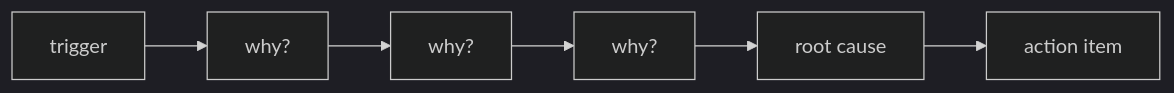
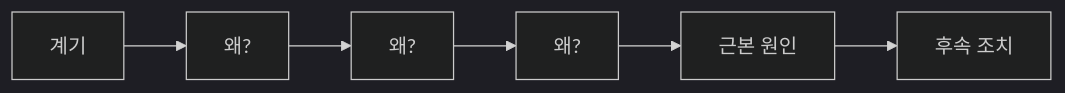
The diagram in content/incident-response-101/ko/06-root-cause-analysis.md (yeongseon-books/book-content), drawn with Mermaid (dark theme) before and after one commit. The commit also changed other lines of this file and 9 other files, not shown here.

````diff
--- a/content/incident-response-101/ko/06-root-cause-analysis.md
+++ b/content/incident-response-101/ko/06-root-cause-analysis.md
@@ -33,8 +49,8 @@
 ```mermaid
 flowchart LR
-    Trigger["trigger"] --> Why1["why?"]
-    Why1 --> Why2["why?"]
-    Why2 --> Why3["why?"]
-    Why3 --> Root["root cause"]
-    Root --> Action["action item"]
+    Trigger["계기"] --> Why1["왜?"]
+    Why1 --> Why2["왜?"]
+    Why2 --> Why3["왜?"]
+    Why3 --> Root["근본 원인"]
+    Root --> Action["후속 조치"]
 ```
````
